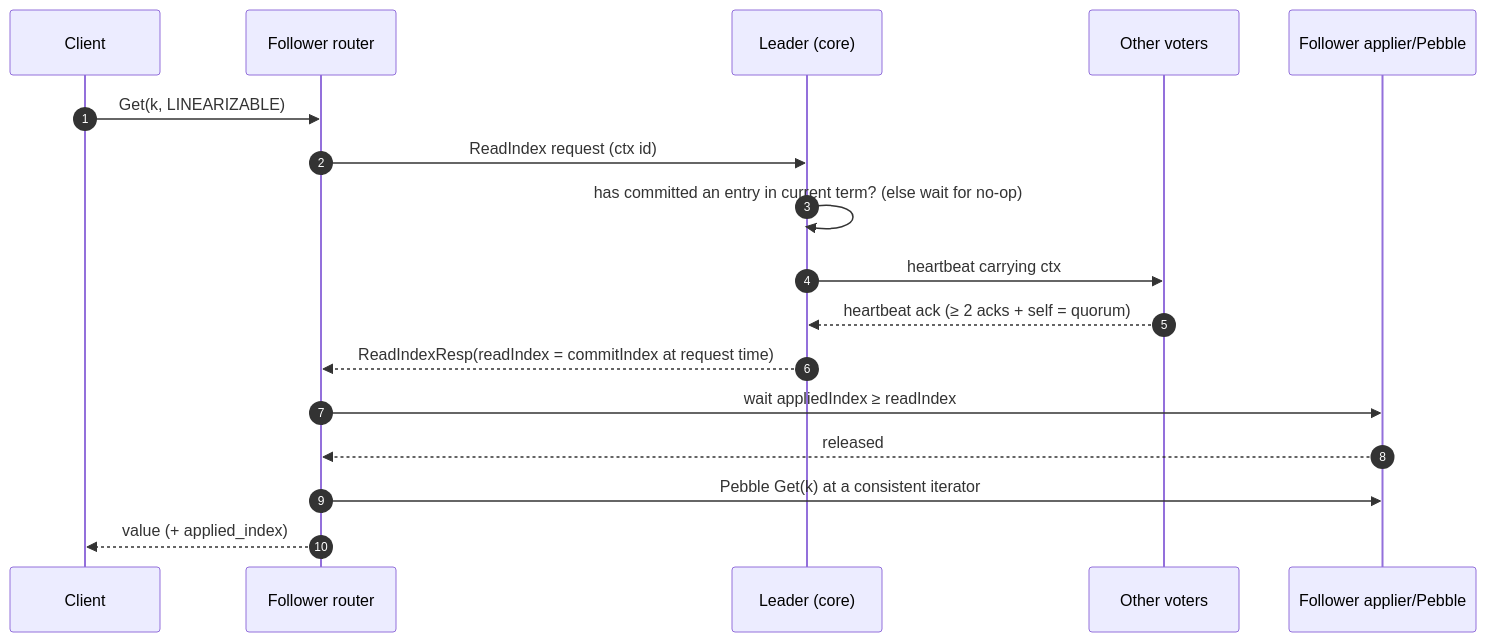
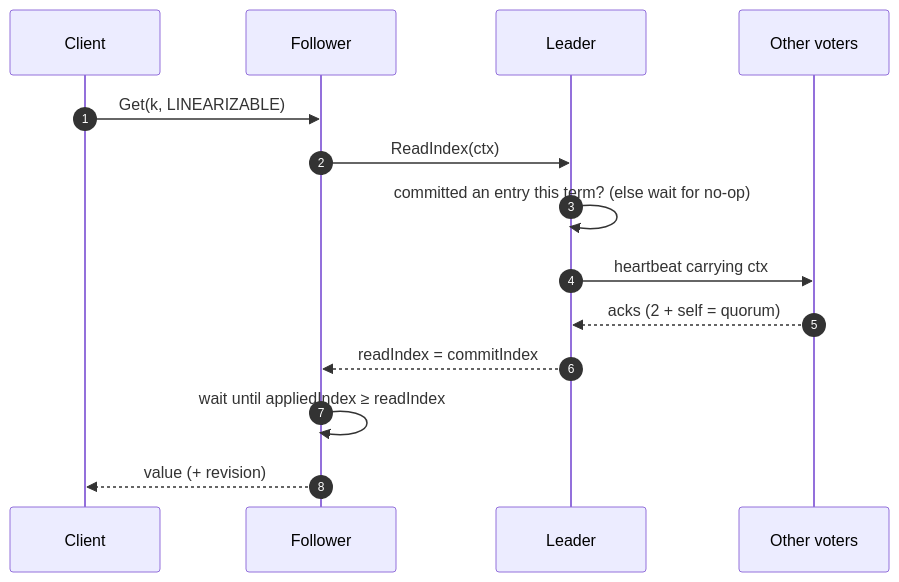
The fourth of 5 diagrams in docs/architecture.md (bibekgupta3333/raftkv-distributed-store), drawn with Mermaid before and after one commit. The commit also changed other lines of this file and 3 other files, not shown here.

First line of the commit message:
docs: simplify architecture, system, API and storage design

````diff
--- a/docs/architecture.md
+++ b/docs/architecture.md
@@ -347,20 +286,17 @@
 ```mermaid
 sequenceDiagram
     autonumber
     participant C as Client
-    participant FR as Follower router
-    participant L as Leader (core)
+    participant FR as Follower
+    participant L as Leader
     participant Q as Other voters
-    participant FA as Follower applier/Pebble
 
     C->>FR: Get(k, LINEARIZABLE)
-    FR->>L: ReadIndex request (ctx id)
-    L->>L: has committed an entry in current term? (else wait for no-op)
+    FR->>L: ReadIndex(ctx)
+    L->>L: committed an entry this term? (else wait for no-op)
     L->>Q: heartbeat carrying ctx
-    Q-->>L: heartbeat ack (≥ 2 acks + self = quorum)
-    L-->>FR: ReadIndexResp(readIndex = commitIndex at request time)
-    FR->>FA: wait appliedIndex ≥ readIndex
-    FA-->>FR: released
-    FR->>FA: Pebble Get(k) at a consistent iterator
-    FR-->>C: value (+ applied_index)
+    Q-->>L: acks (2 + self = quorum)
+    L-->>FR: readIndex = commitIndex
+    FR->>FR: wait until appliedIndex ≥ readIndex
+    FR-->>C: value (+ revision)
 ```
````
